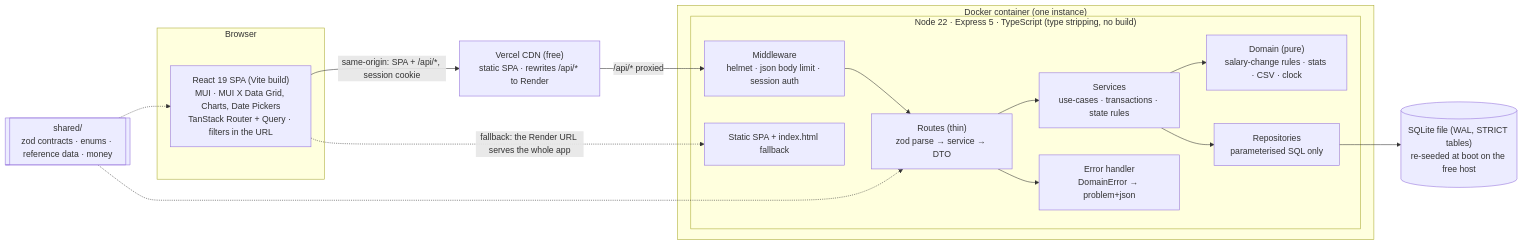
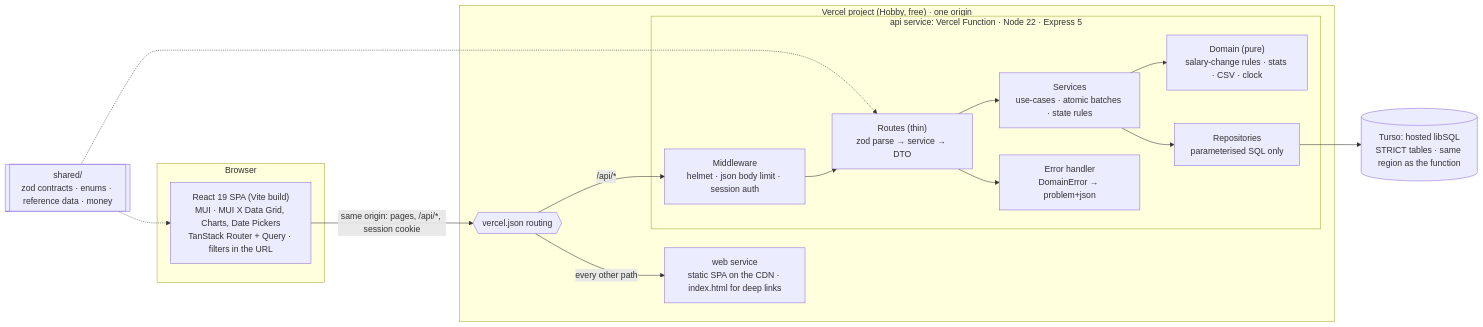
The first of 2 diagrams in docs/architecture.md (SwapnilRaj1708/Salary-Management), drawn with Mermaid before and after one commit. The commit also changed other lines of this file and 6 other files, not shown here.

First line of the commit message:
docs: host on Vercel services with Turso for data

````diff
--- a/docs/architecture.md
+++ b/docs/architecture.md
@@ -13,27 +14,27 @@
 ```mermaid
 flowchart LR
   subgraph Browser
     SPA["React 19 SPA (Vite build)<br/>MUI · MUI X Data Grid, Charts, Date Pickers<br/>TanStack Router + Query · filters in the URL"]
   end
-  CDN["Vercel CDN (free)<br/>static SPA · rewrites /api/* to Render"]
-  subgraph Container["Docker container (one instance)"]
-    subgraph API["Node 22 · Express 5 · TypeScript (type stripping, no build)"]
+  subgraph Vercel["Vercel project (Hobby, free) · one origin"]
+    RW{{"vercel.json routing"}}
+    WEB["web service<br/>static SPA on the CDN · index.html for deep links"]
+    subgraph API["api service: Vercel Function · Node 22 · Express 5"]
       MW["Middleware<br/>helmet · json body limit · session auth"]
       RT["Routes (thin)<br/>zod parse → service → DTO"]
-      SV["Services<br/>use-cases · transactions · state rules"]
+      SV["Services<br/>use-cases · atomic batches · state rules"]
       DM["Domain (pure)<br/>salary-change rules · stats · CSV · clock"]
       RP["Repositories<br/>parameterised SQL only"]
       ERR["Error handler<br/>DomainError → problem+json"]
-      ST["Static SPA + index.html fallback"]
     end
   end
-  DB[("SQLite file (WAL, STRICT tables)<br/>re-seeded at boot on the free host")]
+  DB[("Turso: hosted libSQL<br/>STRICT tables · same region as the function")]
   SH[["shared/<br/>zod contracts · enums · reference data · money"]]
-  SPA -- "same-origin: SPA + /api/*, session cookie" --> CDN
-  CDN -- "/api/* proxied" --> MW --> RT --> SV --> RP --> DB
+  SPA -- "same origin: pages, /api/*, session cookie" --> RW
+  RW -- "every other path" --> WEB
+  RW -- "/api/*" --> MW --> RT --> SV --> RP --> DB
   SV --> DM
   RT --> ERR
-  SPA -. "fallback: the Render URL serves the whole app" .-> ST
   SH -.-> RT
   SH -.-> SPA
 ```
````
